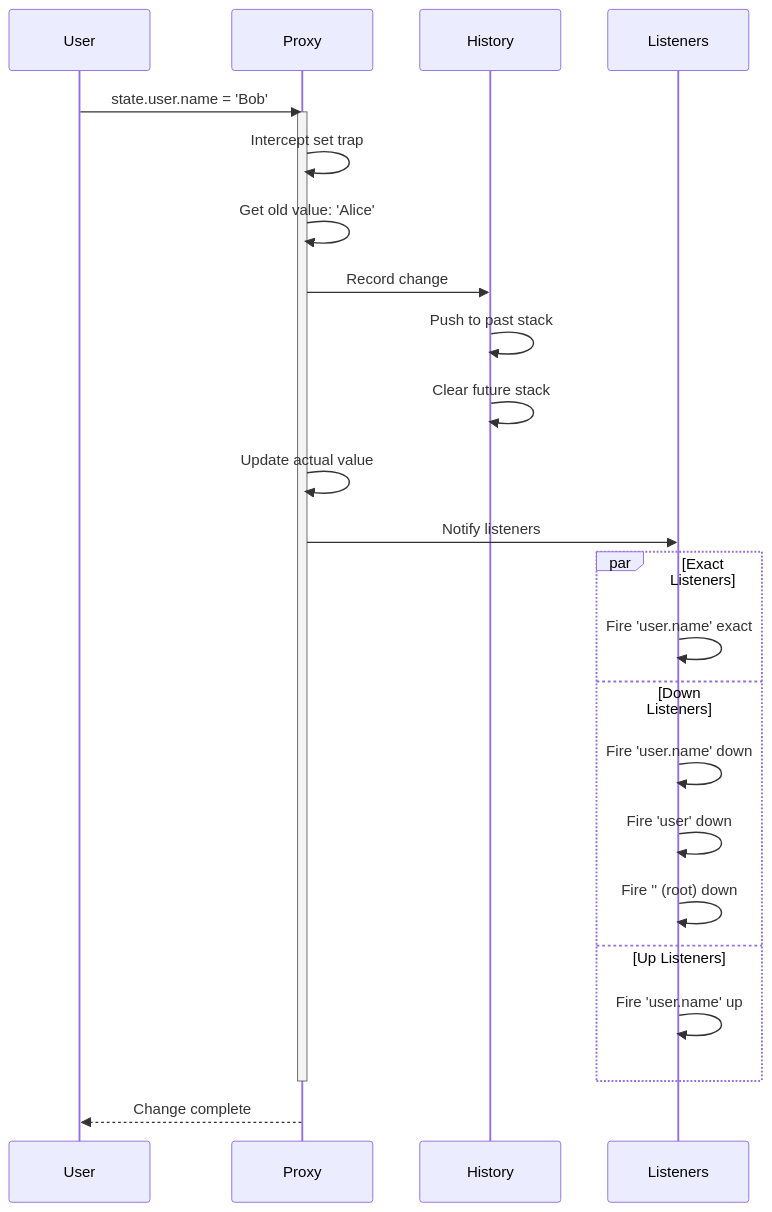
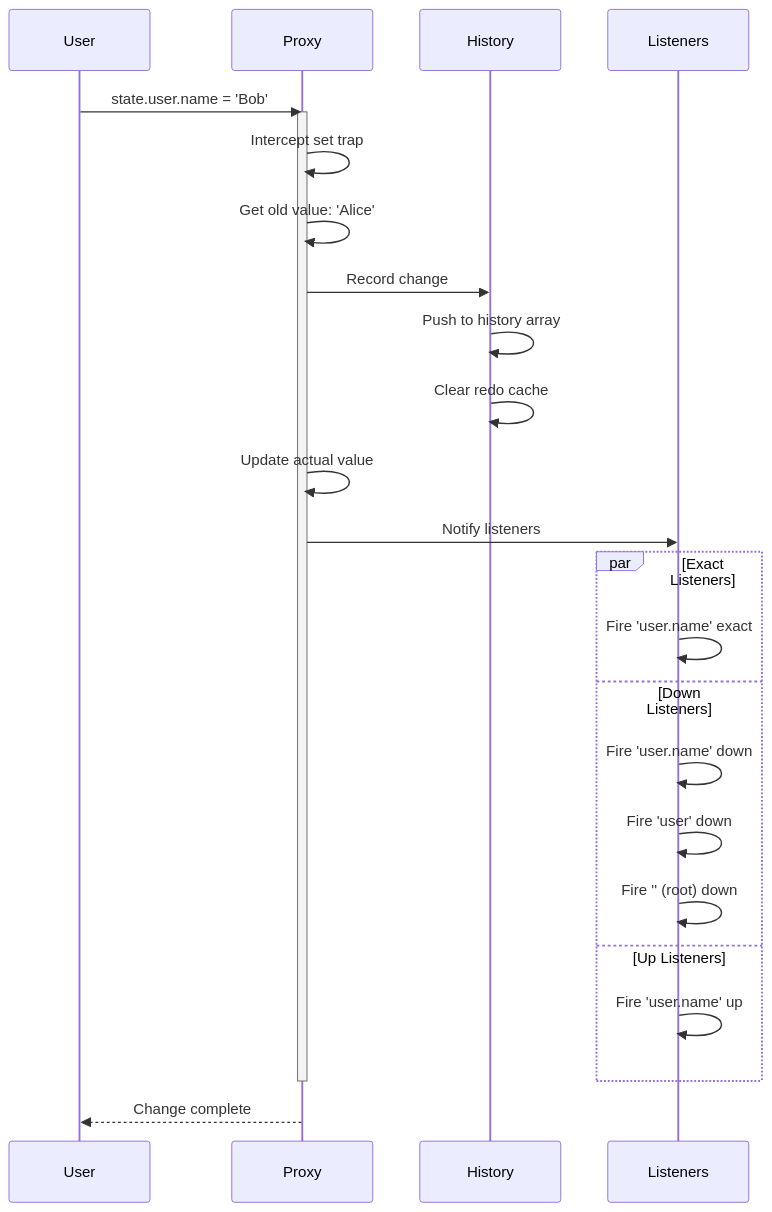
The diagram in packages/core/chronicle/docs/guide/deep-observation.md (arcmantle/weave), drawn with Mermaid before and after one commit. The commit also changed other lines of this file and 32 other files, not shown here.

````diff
--- a/packages/core/chronicle/docs/guide/deep-observation.md
+++ b/packages/core/chronicle/docs/guide/deep-observation.md
@@ -78,34 +78,34 @@
 ```mermaid
 sequenceDiagram
     participant User
     participant Proxy
     participant History
     participant Listeners
 
     User->>Proxy: state.user.name = 'Bob'
     activate Proxy
 
     Proxy->>Proxy: Intercept set trap
     Proxy->>Proxy: Get old value: 'Alice'
 
     Proxy->>History: Record change
-    History->>History: Push to past stack
-    History->>History: Clear future stack
+    History->>History: Push to history array
+    History->>History: Clear redo cache
 
     Proxy->>Proxy: Update actual value
 
     Proxy->>Listeners: Notify listeners
 
     par Exact Listeners
         Listeners->>Listeners: Fire 'user.name' exact
     and Down Listeners
         Listeners->>Listeners: Fire 'user.name' down
         Listeners->>Listeners: Fire 'user' down
         Listeners->>Listeners: Fire '' (root) down
     and Up Listeners
         Listeners->>Listeners: Fire 'user.name' up
     end
 
     deactivate Proxy
     Proxy-->>User: Change complete
 ```
````
